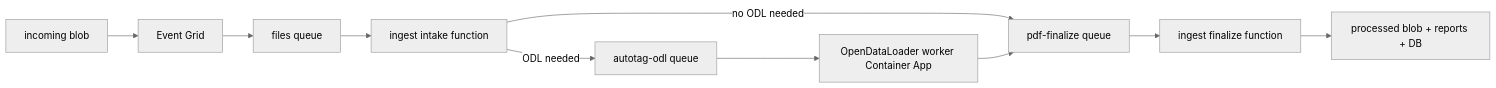
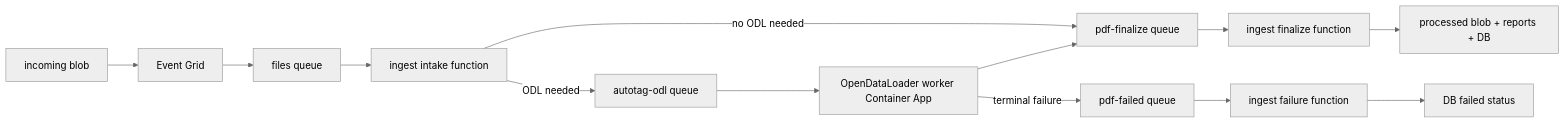
Before and after one commit to ucdavis/readable: the diagram in infrastructure/azure/README.md, drawn with Mermaid (neutral theme). The commit also changed other lines of this file and 14 other files, not shown here.

````diff
--- a/infrastructure/azure/README.md
+++ b/infrastructure/azure/README.md
@@ -67,12 +67,15 @@
 ```mermaid
 flowchart LR
   A[incoming blob] --> B[Event Grid]
   B --> C[files queue]
   C --> D[ingest intake function]
   D -->|ODL needed| E[autotag-odl queue]
   D -->|no ODL needed| G[pdf-finalize queue]
   E --> F[OpenDataLoader worker Container App]
   F --> G
+  F -->|terminal failure| J[pdf-failed queue]
   G --> H[ingest finalize function]
   H --> I[processed blob + reports + DB]
+  J --> K[ingest failure function]
+  K --> L[DB failed status]
 ```
````
